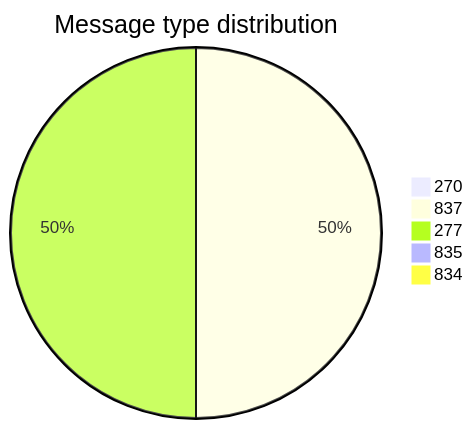
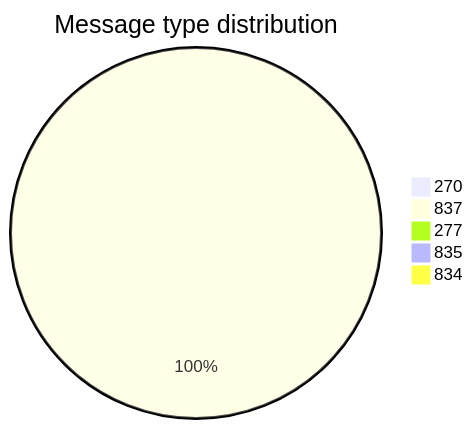
Before and after one commit to dhagan-va/intern-2025: the first of 10 diagrams in test-tools/DataGen/src/Statistics_Visualizer.md, drawn with Mermaid. The commit also changed other lines of this file and 2 other files, not shown here.

````diff
--- a/test-tools/DataGen/src/Statistics_Visualizer.md
+++ b/test-tools/DataGen/src/Statistics_Visualizer.md
@@ -18,8 +18,8 @@
 ```mermaid
 pie title Message type distribution
-    "270" : 0.005
-    "837" : 1332
-    "277" : 1332
+    "270" : 0
+    "837" : 500
+    "277" : 0
     "835" : 0
     "834" : 0
 ```
````
